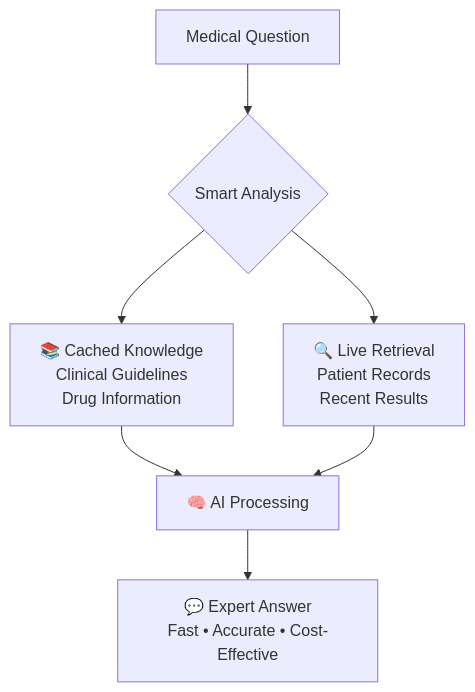
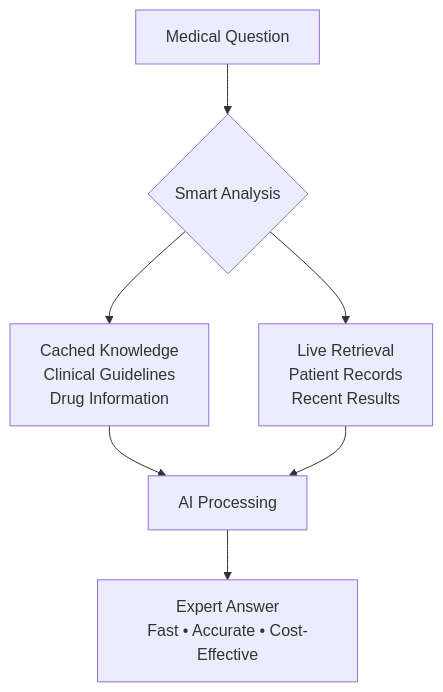
One commit to maungkyin/w210_med_intellagent changed the diagram in MEDICAL_AI_ACHIEVEMENT_STORY.md. Above: the diagram before and after it, drawn with Mermaid. The commit also changed other lines of this file, not shown here.

````diff
--- a/MEDICAL_AI_ACHIEVEMENT_STORY.md
+++ b/MEDICAL_AI_ACHIEVEMENT_STORY.md
@@ -60,9 +60,9 @@
 ```mermaid
 graph TB
     A[Medical Question] --> B{Smart Analysis}
-    B --> C[📚 Cached Knowledge<br/>Clinical Guidelines<br/>Drug Information]
-    B --> D[🔍 Live Retrieval<br/>Patient Records<br/>Recent Results]
-    C --> E[🧠 AI Processing]
+    B --> C[ Cached Knowledge<br/>Clinical Guidelines<br/>Drug Information]
+    B --> D[ Live Retrieval<br/>Patient Records<br/>Recent Results]
+    C --> E[ AI Processing]
     D --> E
-    E --> F[💬 Expert Answer<br/>Fast • Accurate • Cost-Effective]
+    E --> F[ Expert Answer<br/>Fast • Accurate • Cost-Effective]
 ```
````
